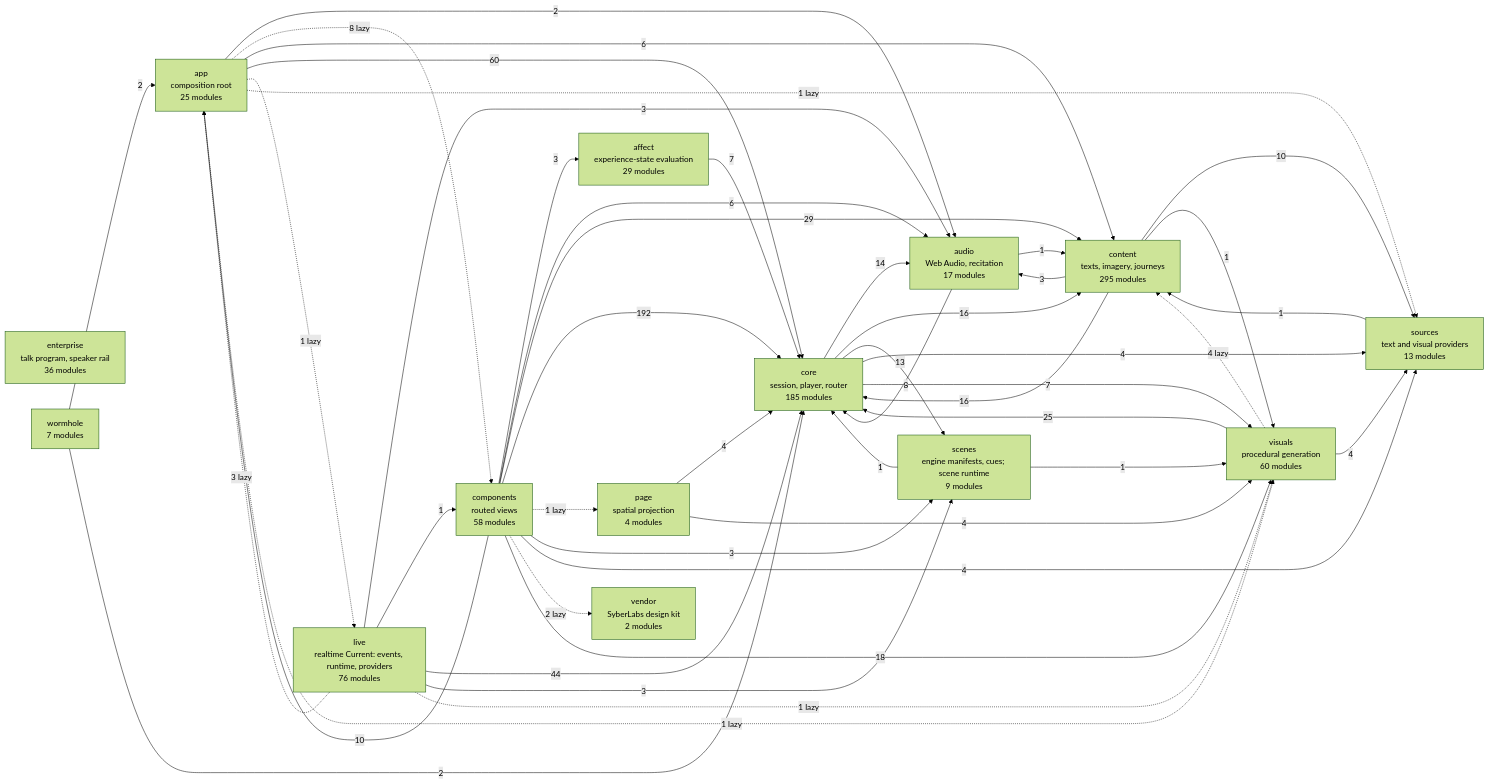
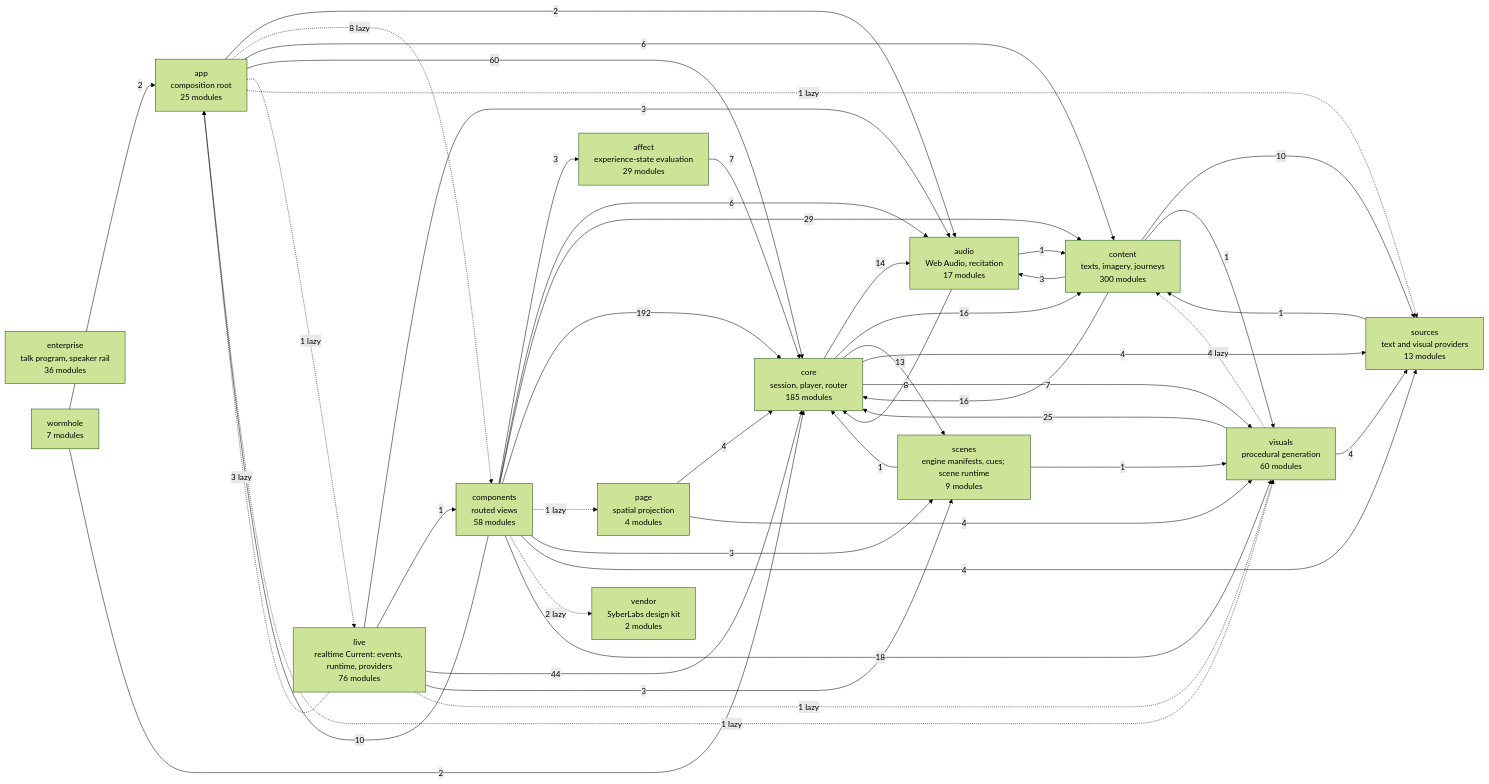
The diagram in docs/specs/ARCHITECTURE.md (SyberLabs/RISE), drawn with Mermaid (forest theme) before and after one commit. The commit also changed 23 other files, not shown here.

````diff
--- a/docs/specs/ARCHITECTURE.md
+++ b/docs/specs/ARCHITECTURE.md
@@ -161,63 +161,63 @@
 ```mermaid
 flowchart LR
     affect["affect<br/>experience-state evaluation<br/>29 modules"]
     app["app<br/>composition root<br/>25 modules"]
     audio["audio<br/>Web Audio, recitation<br/>17 modules"]
     components["components<br/>routed views<br/>58 modules"]
-    content["content<br/>texts, imagery, journeys<br/>295 modules"]
+    content["content<br/>texts, imagery, journeys<br/>300 modules"]
     core["core<br/>session, player, router<br/>185 modules"]
     enterprise["enterprise<br/>talk program, speaker rail<br/>36 modules"]
     live["live<br/>realtime Current: events, runtime, providers<br/>76 modules"]
     page["page<br/>spatial projection<br/>4 modules"]
     scenes["scenes<br/>engine manifests, cues; scene runtime<br/>9 modules"]
     sources["sources<br/>text and visual providers<br/>13 modules"]
     vendor["vendor<br/>SyberLabs design kit<br/>2 modules"]
     visuals["visuals<br/>procedural generation<br/>60 modules"]
     wormhole["wormhole<br/>7 modules"]
 
     affect --> |7| core
     app --> |2| audio
     app -.-> |8 lazy| components
     app --> |6| content
     app --> |60| core
     app -.-> |1 lazy| live
     app -.-> |1 lazy| sources
     app -.-> |1 lazy| visuals
     audio --> |1| content
     audio --> |8| core
     components --> |3| affect
     components --> |10| app
     components --> |6| audio
     components --> |29| content
     components --> |192| core
     components -.-> |1 lazy| page
     components --> |3| scenes
     components --> |4| sources
     components -.-> |2 lazy| vendor
     components --> |18| visuals
     content --> |3| audio
     content --> |16| core
     content --> |10| sources
     content --> |1| visuals
     core --> |14| audio
     core --> |16| content
     core --> |13| scenes
     core --> |4| sources
     core --> |7| visuals
     live -.-> |3 lazy| app
     live --> |3| audio
     live --> |1| components
     live --> |44| core
     live --> |3| scenes
     live -.-> |1 lazy| visuals
     page --> |4| core
     page --> |4| visuals
     scenes --> |1| core
     scenes --> |1| visuals
     sources --> |1| content
     visuals -.-> |4 lazy| content
     visuals --> |25| core
     visuals --> |4| sources
     wormhole --> |2| app
     wormhole --> |2| core
 ```
````
